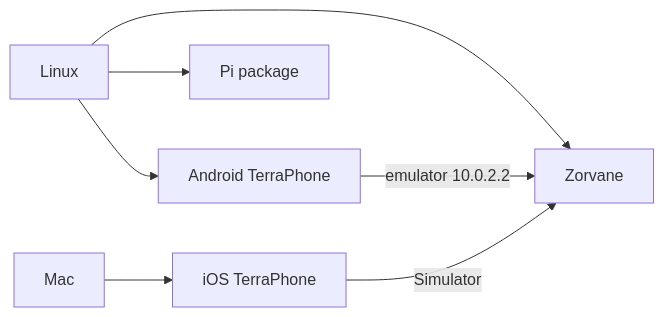
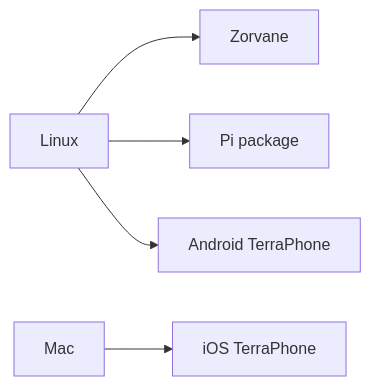
The diagram in docs/DEVELOP-WITHOUT-MAC.md (Super-Yojan/Terra), drawn with Mermaid before and after one commit. The commit also changed other lines of this file and 282 other files, not shown here.

````diff
--- a/docs/DEVELOP-WITHOUT-MAC.md
+++ b/docs/DEVELOP-WITHOUT-MAC.md
@@ -14,9 +14,7 @@
 ```mermaid
 flowchart LR
   Linux[Linux] --> Z[Zorvane]
   Linux --> Pi[Pi package]
   Mac[Mac] --> Phone[iOS TerraPhone]
   Linux --> Android[Android TerraPhone]
-  Phone -->|Simulator| Z
-  Android -->|"emulator 10.0.2.2"| Z
 ```
````
